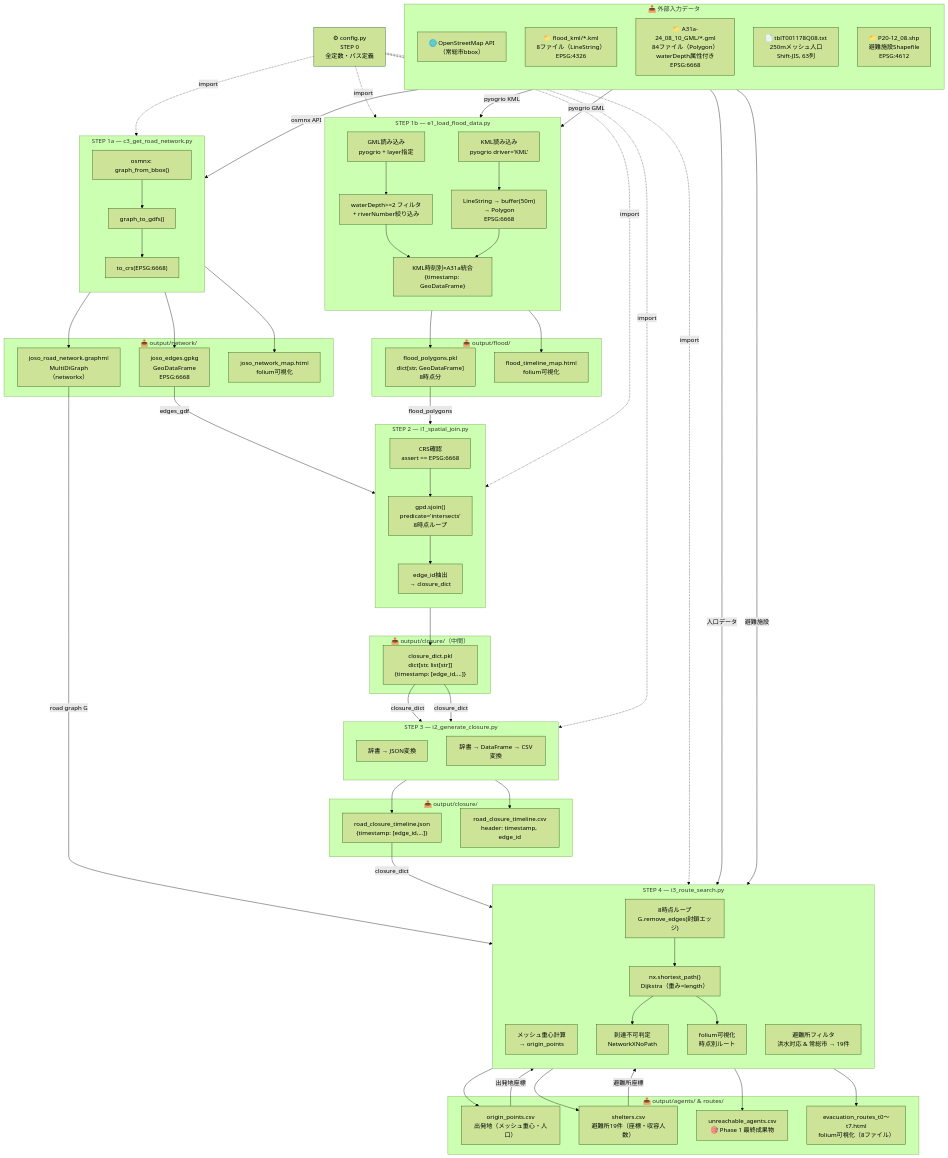
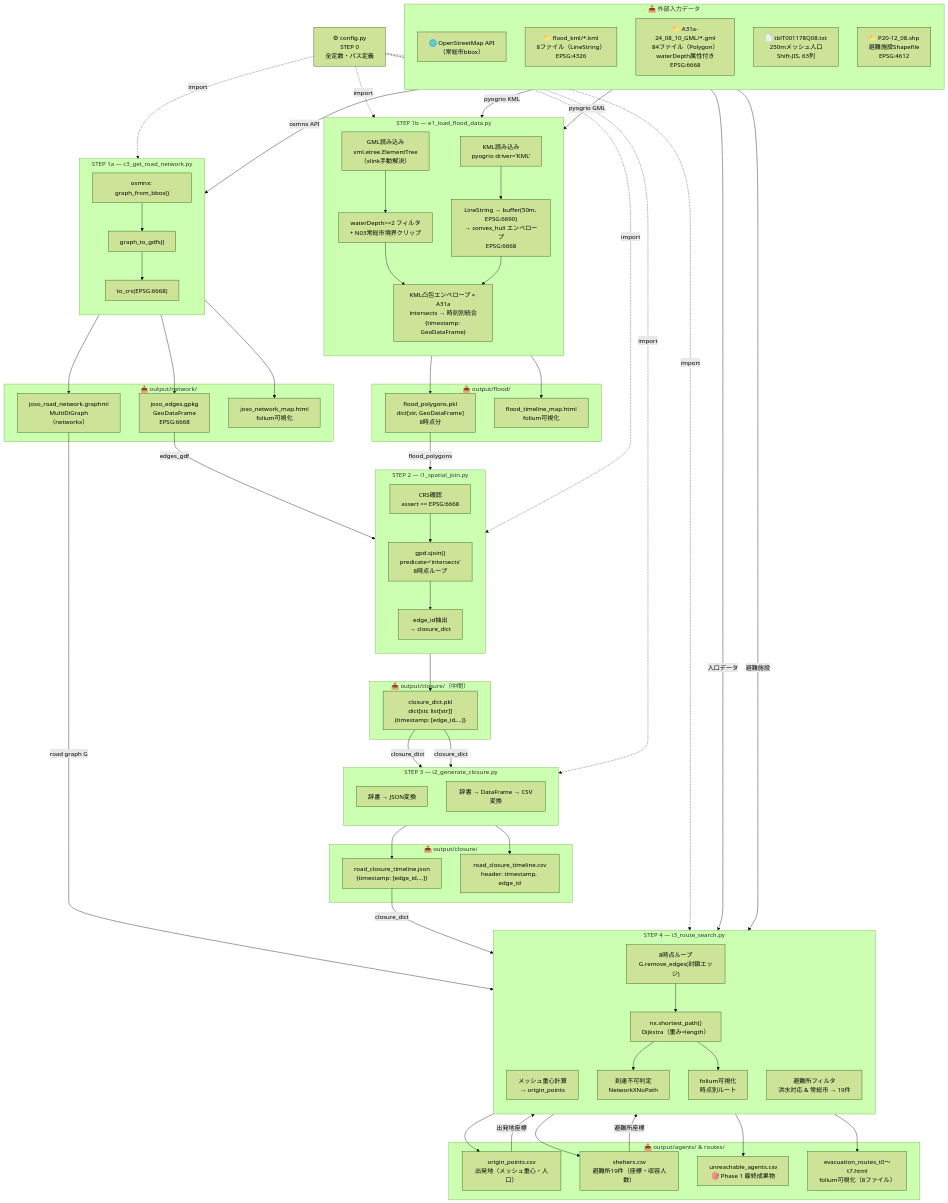
Before and after one commit to 23f302020/joso-evacuation-simulation: the first of 4 diagrams in 03_研究設計文書/データフロー図.md, drawn with Mermaid (forest theme). The commit also changed 1 other file, not shown here.

Commit message:
docs: 実装仕様書・データフロー図をe1実装の実態に合わせて修正
- KMLバッファ幅: 10m（初期値）→ 50m（確定済み、EPSG:6690計算）
- GML読み込み方法: geopandas.read_file(driver='GML')
  → xml.etree.ElementTree（pyogrioがA31aのxlink参照を解決できないため）
- riverNumber絞り込み → N03常総市境界クリップに変更（実装と同期）
- KML処理: バッファ後にconvex_hullエンベロープを取得してA31aと照合
  するフローを追記（フォールバック処理も含む）
- 未確定事項（Section 13）のバッファ幅を「50m（確定）✅」に更新

```diff
--- a/03_研究設計文書/データフロー図.md
+++ b/03_研究設計文書/データフロー図.md
@@ -42,10 +42,10 @@
     subgraph S1B["STEP 1b — e1_load_flood_data.py"]
         direction TB
         S1B_1["KML読み込み\npyogrio driver='KML'"]
-        S1B_2["LineString → buffer(50m)\n→ Polygon\nEPSG:6668"]
-        S1B_3["GML読み込み\npyogrio + layer指定"]
-        S1B_4["waterDepth>=2 フィルタ\n+ riverNumber絞り込み"]
-        S1B_5["KML時刻別×A31a統合\n{timestamp: GeoDataFrame}"]
+        S1B_2["LineString → buffer(50m, EPSG:6690)\n→ convex_hull エンベロープ\nEPSG:6668"]
+        S1B_3["GML読み込み\nxml.etree.ElementTree\n（xlink手動解決）"]
+        S1B_4["waterDepth>=2 フィルタ\n+ N03常総市境界クリップ"]
+        S1B_5["KML凸包エンベロープ × A31a\nintersects → 時刻別統合\n{timestamp: GeoDataFrame}"]
     end
 
     %% ===== STEP 1b 出力 =====
```
